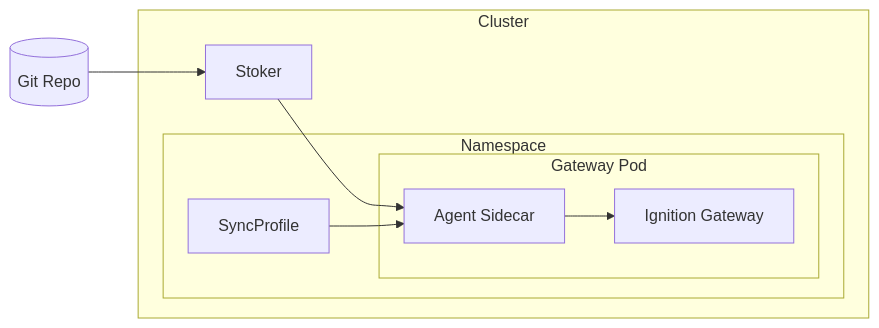
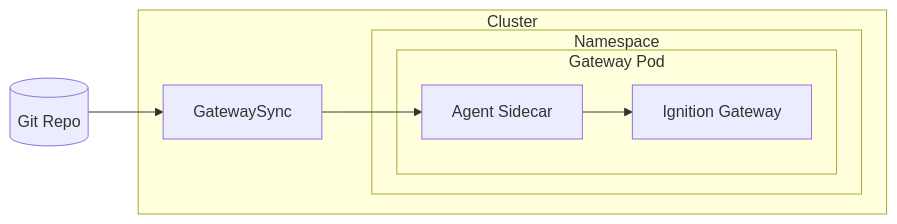
Before and after one commit to ia-eknorr/stoker-operator: the diagram in README.md, drawn with Mermaid. The commit also changed other lines of this file and 99 other files, not shown here.

First line of the commit message:
merge SyncProfile into GatewaySync CRD with embedded profiles

````diff
--- a/README.md
+++ b/README.md
@@ -45,17 +44,15 @@
 ```mermaid
 flowchart LR
-    Git[(Git Repo)] --> Stoker
+    Git[(Git Repo)] --> GatewaySync
 
     subgraph cluster [Cluster]
-        Stoker
+        GatewaySync
         subgraph ns [Namespace]
-            SP[SyncProfile]
             subgraph pod [Gateway Pod]
                 Agent[Agent Sidecar] --> GW[Ignition Gateway]
             end
         end
     end
 
-    Stoker --> Agent
-    SP --> Agent
+    GatewaySync --> Agent
 ```
````
